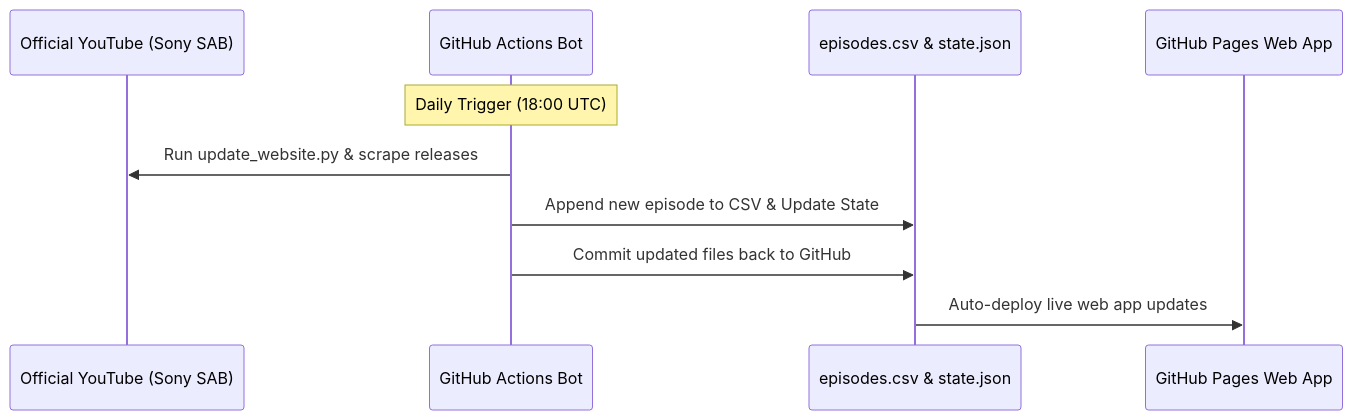
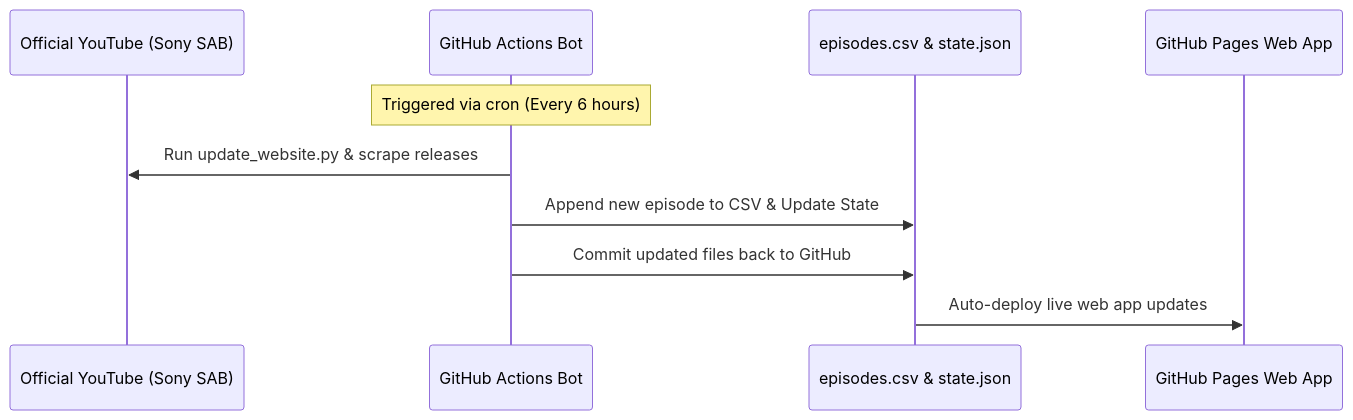
One commit to CodeMasterAbhishek/Daily-Dose-of-TMOCK changed the diagram in README.md. Above: the diagram before and after it, drawn with Mermaid. The commit also changed other lines of this file, not shown here.

Commit message:
docs: remove emojis and add detailed explanation of github action workflow

````diff
--- a/README.md
+++ b/README.md
@@ -84,13 +88,13 @@
 ```mermaid
 sequenceDiagram
     participant SAB as Official YouTube (Sony SAB)
     participant Action as GitHub Actions Bot
     participant DB as episodes.csv & state.json
     participant Site as GitHub Pages Web App
 
-    Note over Action: Daily Trigger (18:00 UTC)
+    Note over Action: Triggered via cron (Every 6 hours)
     Action->>SAB: Run update_website.py & scrape releases
     Action->>DB: Append new episode to CSV & Update State
     Action->>DB: Commit updated files back to GitHub
     DB->>Site: Auto-deploy live web app updates
 ```
````
